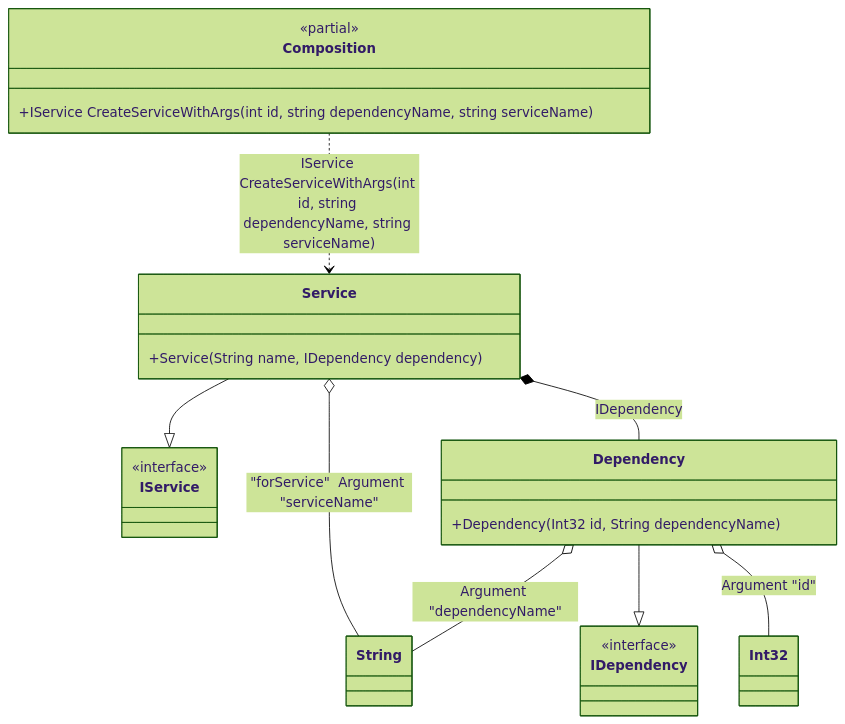
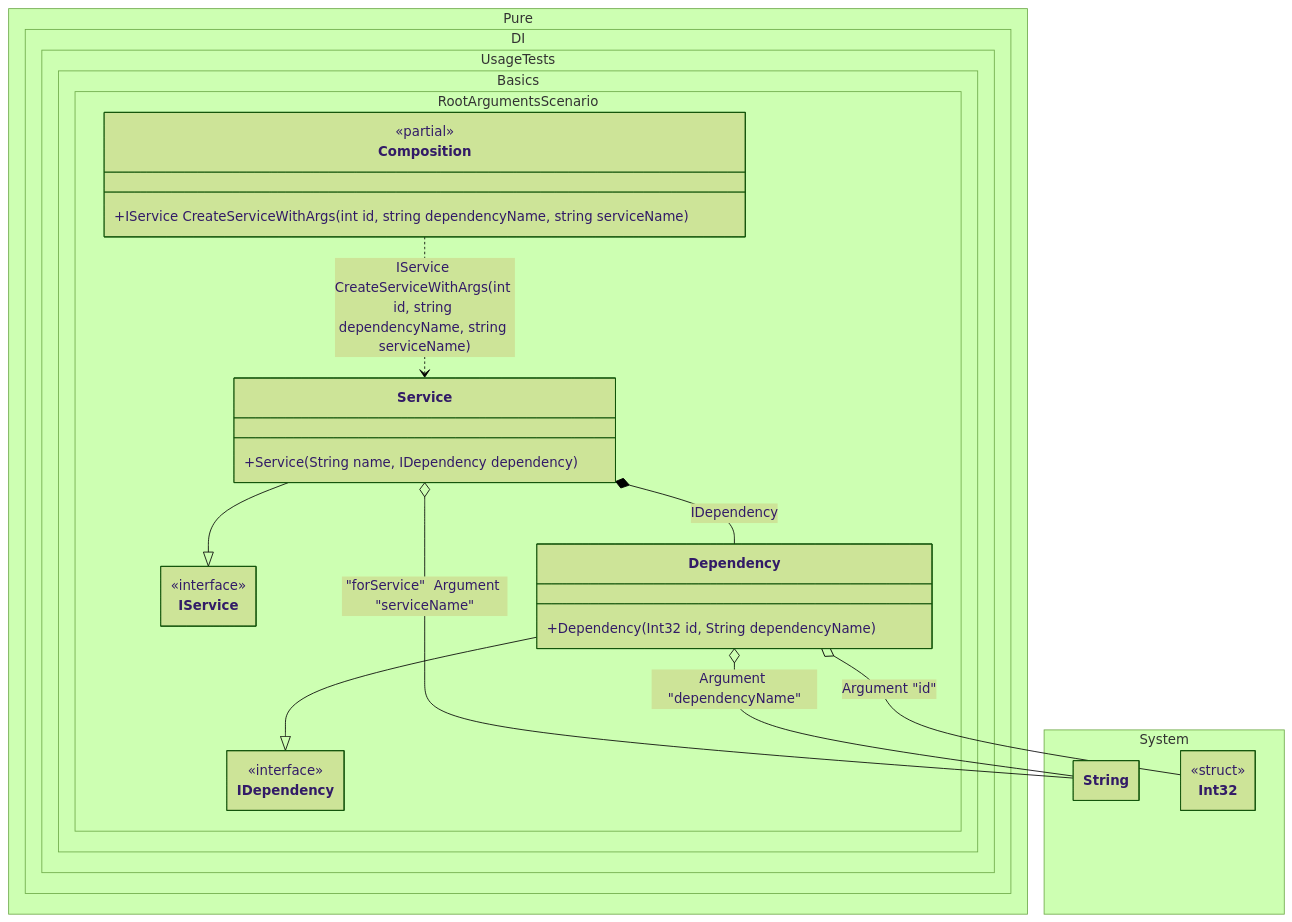
Before and after one commit to DevTeam/Pure.DI: the diagram in readme/root-arguments.md, drawn with Mermaid (forest theme). The commit also changed 103 other files, not shown here.

Commit message:
Improved class diagrams

````diff
--- a/readme/root-arguments.md
+++ b/readme/root-arguments.md
@@ -100,28 +100,40 @@
 ```mermaid
+---
+ config:
+  class:
+   hideEmptyMembersBox: true
+---
 classDiagram
-	class Composition {
-		<<partial>>
-		+IService CreateServiceWithArgs(int id, string dependencyName, string serviceName)
-	}
 	Service --|> IService
-	class Service {
-		+Service(String name, IDependency dependency)
-	}
-	class String
 	Dependency --|> IDependency
-	class Dependency {
-		+Dependency(Int32 id, String dependencyName)
-	}
-	class Int32
-	class IService {
-		<<interface>>
-	}
-	class IDependency {
-		<<interface>>
-	}
 	Composition ..> Service : IService CreateServiceWithArgs(int id, string dependencyName, string serviceName)
 	Service o-- String : "forService"  Argument "serviceName"
 	Service *--  Dependency : IDependency
 	Dependency o-- Int32 : Argument "id"
 	Dependency o-- String : Argument "dependencyName"
+	namespace Pure.DI.UsageTests.Basics.RootArgumentsScenario {
+		class Composition {
+		<<partial>>
+		+IService CreateServiceWithArgs(int id, string dependencyName, string serviceName)
+		}
+		class Dependency {
+			+Dependency(Int32 id, String dependencyName)
+		}
+		class IDependency {
+			<<interface>>
+		}
+		class IService {
+			<<interface>>
+		}
+		class Service {
+			+Service(String name, IDependency dependency)
+		}
+	}
+	namespace System {
+		class Int32 {
+				<<struct>>
+		}
+		class String {
+		}
+	}
 ```
````
